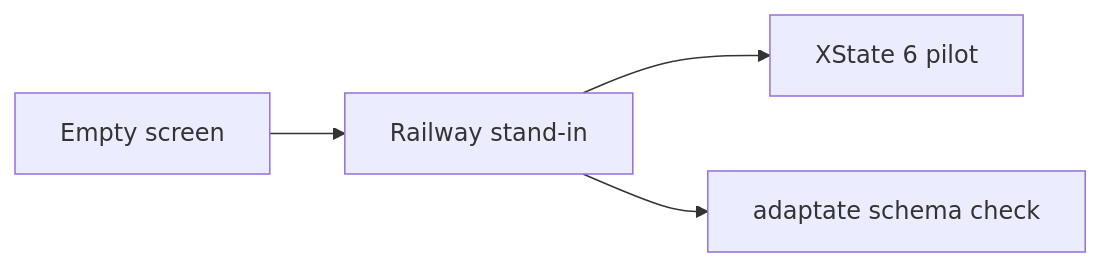
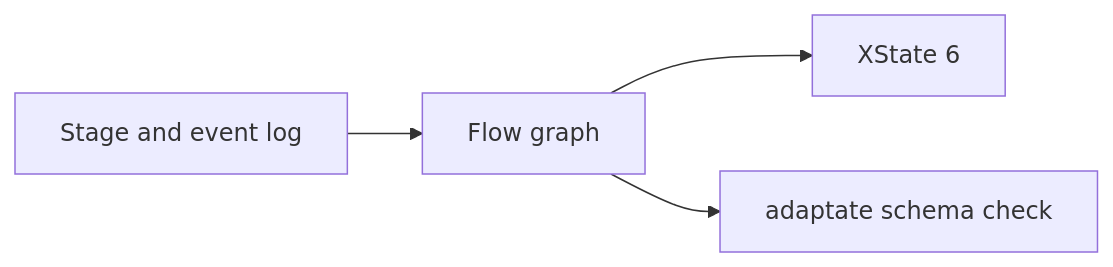
One commit to p10ns11y/visualizer changed the first of 2 diagrams in docs/ARCHITECTURE-LAYERS.md. Above: the diagram before and after it, drawn with Mermaid. The commit also changed other lines of this file and 35 other files, not shown here.

First line of the commit message:
Add the flow graph for stage, mode, and the event log (#17)

````diff
--- a/docs/ARCHITECTURE-LAYERS.md
+++ b/docs/ARCHITECTURE-LAYERS.md
@@ -3,6 +3,6 @@
 ```mermaid
 flowchart LR
-  screen[Empty screen] --> standIn[Railway stand-in]
-  standIn --> railway[XState 6 pilot]
-  standIn --> adaptateLib[adaptate schema check]
+  screen[Stage and event log] --> flowGraph[Flow graph]
+  flowGraph --> machine[XState 6]
+  flowGraph --> adaptateLib[adaptate schema check]
 ```
````
